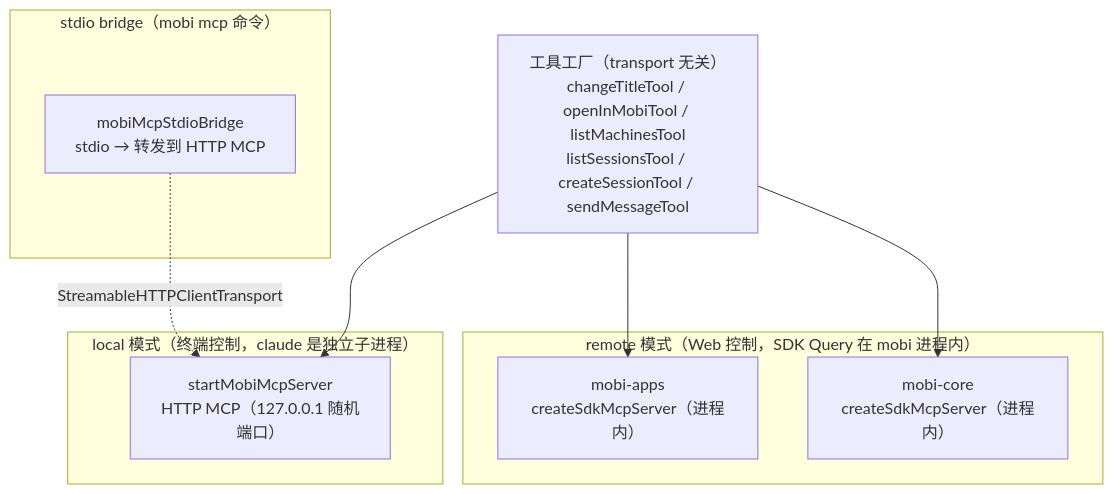
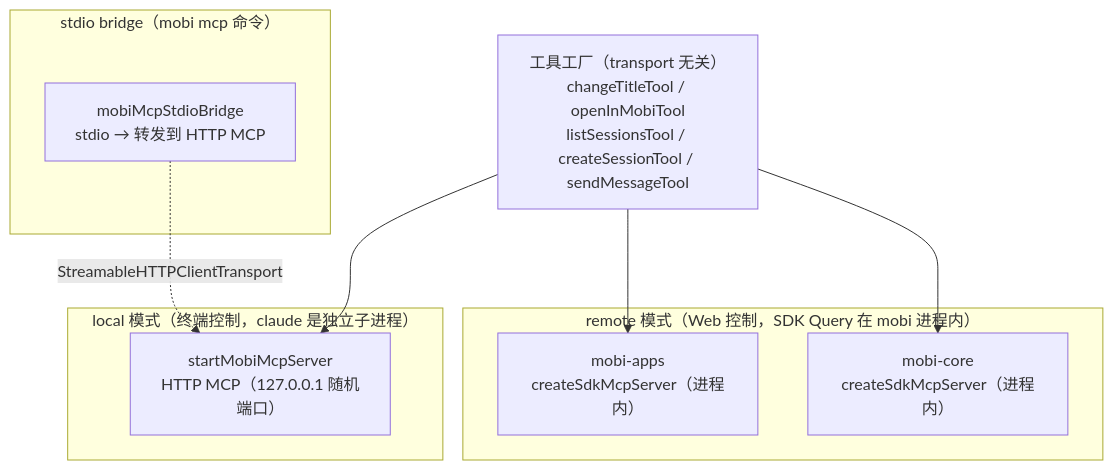
One commit to ModuBit/mobi changed the first of 3 diagrams in docs/architecture/cli/mcp/README.md. Above: the diagram before and after it, drawn with Mermaid. The commit also changed other lines of this file and 86 other files, not shown here.

````diff
--- a/docs/architecture/cli/mcp/README.md
+++ b/docs/architecture/cli/mcp/README.md
@@ -11,22 +11,22 @@
 ```mermaid
 flowchart TB
-    Core["工具工厂（transport 无关）<br/>changeTitleTool / openInMobiTool / listMachinesTool<br/>listSessionsTool / createSessionTool / sendMessageTool"]
+    Core["工具工厂（transport 无关）<br/>changeTitleTool / openInMobiTool<br/>listSessionsTool / createSessionTool / sendMessageTool"]
 
     subgraph remote["remote 模式（Web 控制，SDK Query 在 mobi 进程内）"]
         Apps["mobi-apps<br/>createSdkMcpServer（进程内）"]
         CoreSrv["mobi-core<br/>createSdkMcpServer（进程内）"]
     end
 
     subgraph local["local 模式（终端控制，claude 是独立子进程）"]
         Http["startMobiMcpServer<br/>HTTP MCP（127.0.0.1 随机端口）"]
     end
 
     subgraph stdio["stdio bridge（mobi mcp 命令）"]
         Bridge["mobiMcpStdioBridge<br/>stdio → 转发到 HTTP MCP"]
     end
 
     Core --> Apps
     Core --> CoreSrv
     Core --> Http
     Bridge -.->|"StreamableHTTPClientTransport"| Http
 ```
````
